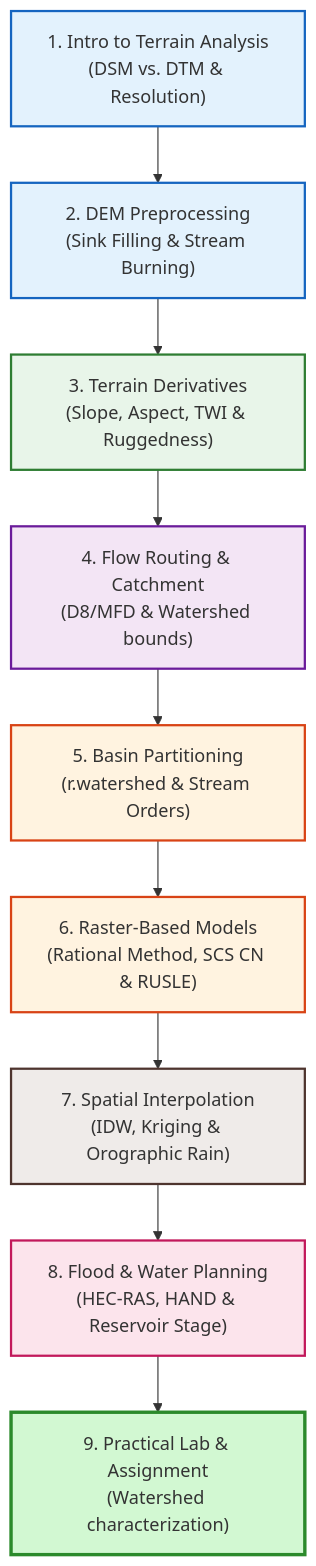
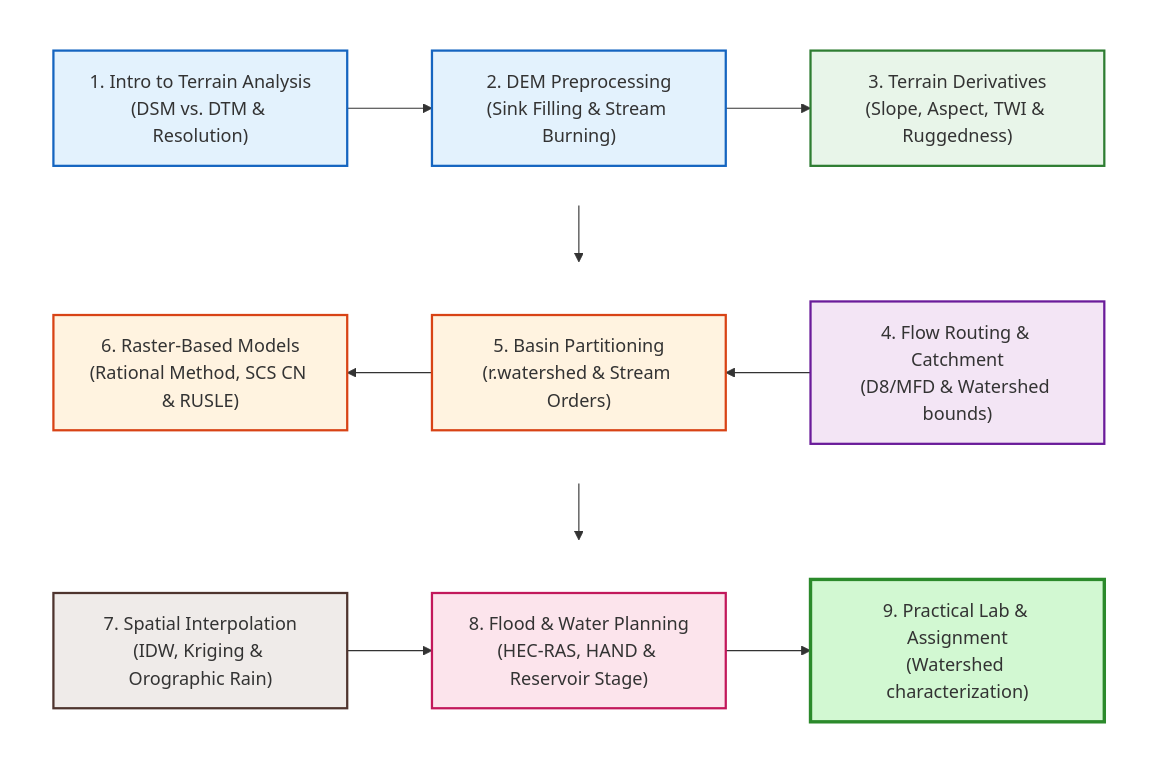
Before and after one commit to Rotten-Grapes-Pvt-Ltd/QGIS-WECS: the diagram in docs/day4/index.md, drawn with Mermaid. The commit also changed 5 other files, not shown here.

Commit message:
Refactor learning roadmaps on Days 1-5 to a compact grid-based snake flow

````diff
--- a/docs/day4/index.md
+++ b/docs/day4/index.md
@@ -33,22 +33,31 @@
 ```mermaid
-graph TD
-    M1["1. Intro to Terrain Analysis<br/>(DSM vs. DTM & Resolution)"] --> M2["2. DEM Preprocessing<br/>(Sink Filling & Stream Burning)"]
-    M2 --> M3["3. Terrain Derivatives<br/>(Slope, Aspect, TWI & Ruggedness)"]
-    M3 --> M4["4. Flow Routing & Catchment<br/>(D8/MFD & Watershed bounds)"]
-    M4 --> M5["5. Basin Partitioning<br/>(r.watershed & Stream Orders)"]
-    M5 --> M6["6. Raster-Based Models<br/>(Rational Method, SCS CN & RUSLE)"]
-    M6 --> M7["7. Spatial Interpolation<br/>(IDW, Kriging & Orographic Rain)"]
-    M7 --> M8["8. Flood & Water Planning<br/>(HEC-RAS, HAND & Reservoir Stage)"]
-    M8 --> M9["9. Practical Lab & Assignment<br/>(Watershed characterization)"]
+flowchart TD
+    subgraph Row1 [" "]
+        direction LR
+        M1["1. Intro to Terrain Analysis<br/>(DSM vs. DTM & Resolution)"] --> M2["2. DEM Preprocessing<br/>(Sink Filling & Stream Burning)"] --> M3["3. Terrain Derivatives<br/>(Slope, Aspect, TWI & Ruggedness)"]
+    end
+    subgraph Row2 [" "]
+        direction RL
+        M4["4. Flow Routing & Catchment<br/>(D8/MFD & Watershed bounds)"] --> M5["5. Basin Partitioning<br/>(r.watershed & Stream Orders)"] --> M6["6. Raster-Based Models<br/>(Rational Method, SCS CN & RUSLE)"]
+    end
+    subgraph Row3 [" "]
+        direction LR
+        M7["7. Spatial Interpolation<br/>(IDW, Kriging & Orographic Rain)"] --> M8["8. Flood & Water Planning<br/>(HEC-RAS, HAND & Reservoir Stage)"] --> M9["9. Practical Lab & Assignment<br/>(Watershed characterization)"]
+    end
+    M3 --> M4
+    M6 --> M7
 
     %% Premium styled flowchart nodes
     style M1 fill:#e3f2fd,stroke:#1565c0,stroke-width:2px
     style M2 fill:#e3f2fd,stroke:#1565c0,stroke-width:2px
     style M3 fill:#e8f5e9,stroke:#2e7d32,stroke-width:2px
     style M4 fill:#f3e5f5,stroke:#6a1b9a,stroke-width:2px
     style M5 fill:#fff3e0,stroke:#d84315,stroke-width:2px
     style M6 fill:#fff3e0,stroke:#d84315,stroke-width:2px
     style M7 fill:#efebe9,stroke:#4e342e,stroke-width:2px
     style M8 fill:#fce4ec,stroke:#c2185b,stroke-width:2px
     style M9 fill:#d2f8d2,stroke:#2b8a2b,stroke-width:3px
+    style Row1 fill:none,stroke:none,stroke-width:0px
+    style Row2 fill:none,stroke:none,stroke-width:0px
+    style Row3 fill:none,stroke:none,stroke-width:0px
 ```
````
